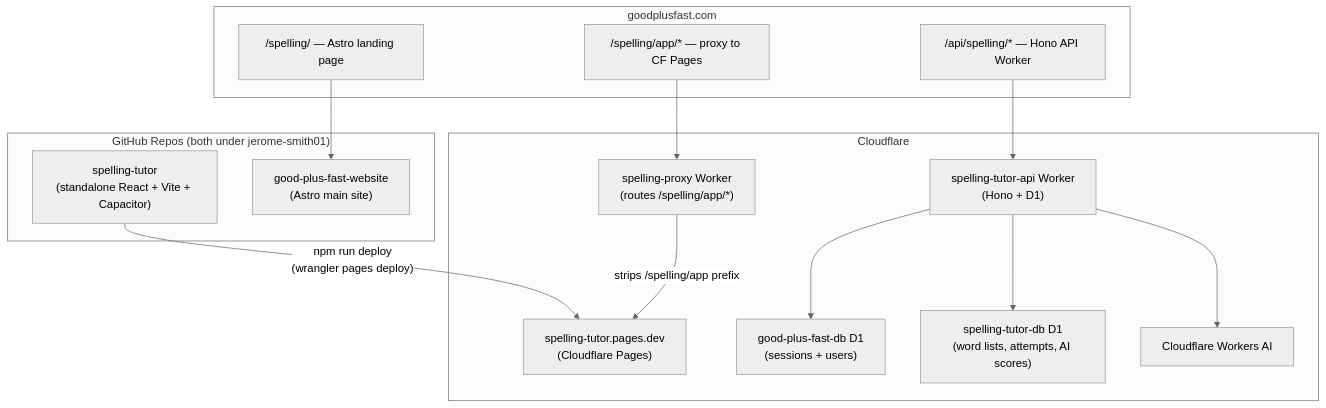
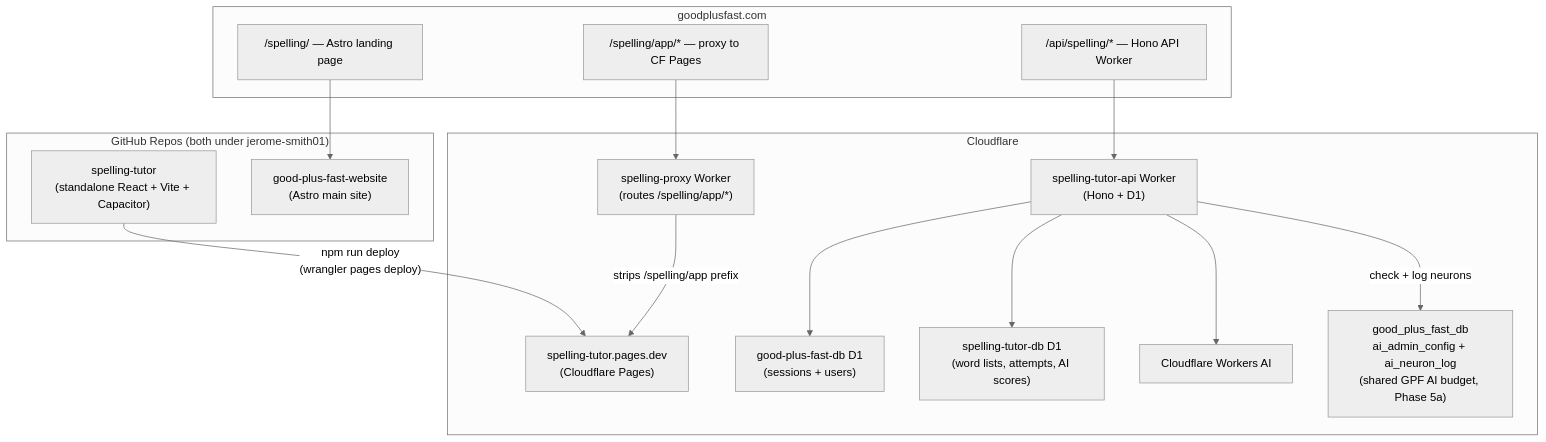
Before and after one commit to jerome-smith01/spelling: the diagram in docs/spelling_tutor_launch_plan.md, drawn with Mermaid (neutral theme). The commit also changed other lines of this file and 14 other files, not shown here.

````diff
--- a/docs/spelling_tutor_launch_plan.md
+++ b/docs/spelling_tutor_launch_plan.md
@@ -26,31 +29,33 @@
 ```mermaid
 flowchart TD
     subgraph repos["GitHub Repos (both under jerome-smith01)"]
         A["spelling-tutor\n(standalone React + Vite + Capacitor)"]
         B["good-plus-fast-website\n(Astro main site)"]
     end
 
     subgraph cloudflare["Cloudflare"]
         CF_PAGES["spelling-tutor.pages.dev\n(Cloudflare Pages)"]
         CF_WORKER["spelling-tutor-api Worker\n(Hono + D1)"]
         CF_PROXY["spelling-proxy Worker\n(routes /spelling/app/*)"]
         CF_MAIN["good-plus-fast-db D1\n(sessions + users)"]
         CF_DB["spelling-tutor-db D1\n(word lists, attempts, AI scores)"]
         CF_AI["Cloudflare Workers AI"]
+        CF_QUOTA["good_plus_fast_db\nai_admin_config + ai_neuron_log\n(shared GPF AI budget, Phase 5a)"]
     end
 
     subgraph gpf["goodplusfast.com"]
         LANDING["/spelling/ — Astro landing page"]
         APP["/spelling/app/* — proxy to CF Pages"]
         API["/api/spelling/* — Hono API Worker"]
     end
 
     A -->|"npm run deploy\n(wrangler pages deploy)"| CF_PAGES
     CF_PROXY -->|"strips /spelling/app prefix"| CF_PAGES
     APP --> CF_PROXY
     LANDING --> B
     CF_WORKER --> CF_DB
     CF_WORKER --> CF_MAIN
     CF_WORKER --> CF_AI
+    CF_WORKER -->|"check + log neurons"| CF_QUOTA
     API --> CF_WORKER
 ```
````
